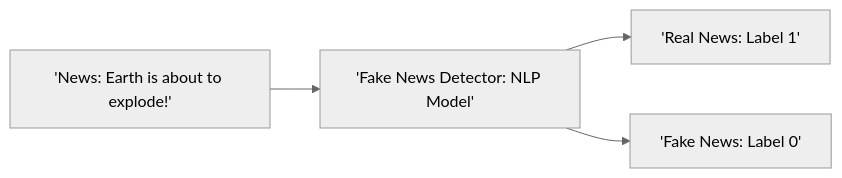
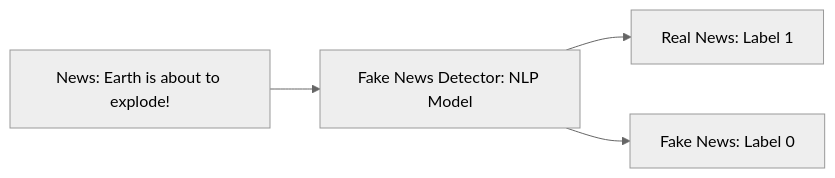
The diagram in README.md (anirudhrao20/fake-news-detector), drawn with Mermaid (neutral theme) before and after one commit.

````diff
--- a/README.md
+++ b/README.md
@@ -30,6 +30,6 @@
 ```mermaid
 graph LR;
-    News['News: Earth is about to explode!']-->NLP;
-    NLP['Fake News Detector: NLP Model']-->1['Real News: Label 1'];
-    NLP['Fake News Detector: NLP Model']-->0['Fake News: Label 0'];
+    News[News: Earth is about to explode!]-->NLP;
+    NLP[Fake News Detector: NLP Model]-->1[Real News: Label 1];
+    NLP[Fake News Detector: NLP Model]-->0[Fake News: Label 0];
 ```
````
